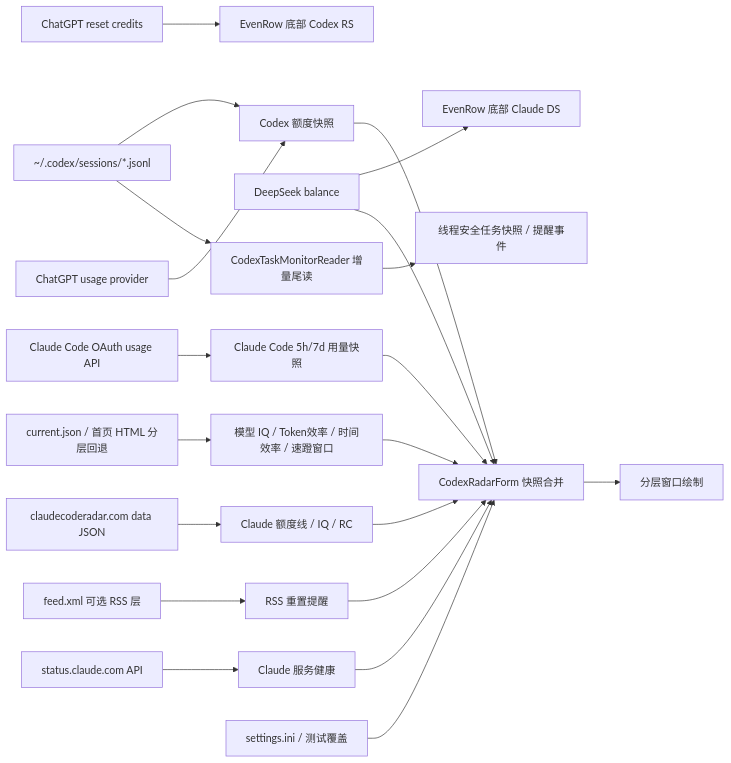
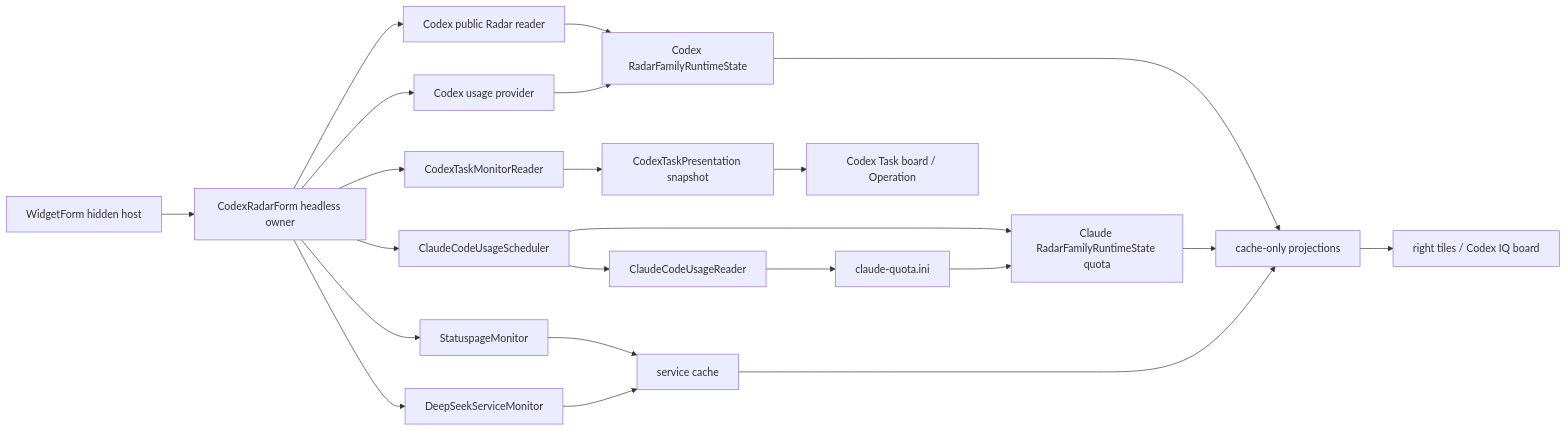
The diagram in Docs/CodexRadar-Architecture.md (AFT-Sakee01/DesktopCodexAssistant), drawn with Mermaid before and after one commit. The commit also changed other lines of this file and 131 other files, not shown here.

````diff
--- a/Docs/CodexRadar-Architecture.md
+++ b/Docs/CodexRadar-Architecture.md
@@ -31,23 +41,24 @@
 ```mermaid
 flowchart LR
-    ChatGPTUsage["ChatGPT usage provider"] --> Quota["Codex 额度快照"]
-    ResetCredits["ChatGPT reset credits"] --> BottomInfo["EvenRow 底部 Codex RS"]
-    DeepSeek["DeepSeek balance"] --> BottomInfoClaude["EvenRow 底部 Claude DS"]
-    Local["~/.codex/sessions/*.jsonl"] --> Quota
-    Local --> TaskReader["CodexTaskMonitorReader 增量尾读"]
-    TaskReader --> TaskSnapshot["线程安全任务快照 / 提醒事件"]
-    ClaudeUsage["Claude Code OAuth usage API"] --> ClaudeQuota["Claude Code 5h/7d 用量快照"]
-    Radar["current.json / 首页 HTML 分层回退"] --> Model["模型 IQ / Token效率 / 时间效率 / 速蹬窗口"]
-    ClaudeRadarSite["claudecoderadar.com data JSON"] --> ClaudeRadarLine["Claude 额度线 / IQ / RC"]
-    Feed["feed.xml 可选 RSS 层"] --> Reset["RSS 重置提醒"]
-    Claude["status.claude.com API"] --> ClaudeHealth["Claude 服务健康"]
-    Quota --> Merge["CodexRadarForm 快照合并"]
-    ClaudeQuota --> Merge
-    Model --> Merge
-    ClaudeRadarLine --> Merge
-    Reset --> Merge
-    ClaudeHealth --> Merge
-    DeepSeek --> Merge
-    Settings["settings.ini / 测试覆盖"] --> Merge
-    Merge --> Render["分层窗口绘制"]
+    A["WidgetForm hidden host"] --> B["CodexRadarForm headless owner"]
+    B --> C["Codex public Radar reader"]
+    B --> D["Codex usage provider"]
+    B --> E["ClaudeCodeUsageScheduler"]
+    E --> F["ClaudeCodeUsageReader"]
+    F --> G["claude-quota.ini"]
+    B --> H["StatuspageMonitor"]
+    B --> I["DeepSeekServiceMonitor"]
+    B --> J["CodexTaskMonitorReader"]
+    C --> K["Codex RadarFamilyRuntimeState"]
+    D --> K
+    E --> L["Claude RadarFamilyRuntimeState quota"]
+    G --> L
+    H --> M["service cache"]
+    I --> M
+    K --> N["cache-only projections"]
+    L --> N
+    M --> N
+    J --> O["CodexTaskPresentation snapshot"]
+    N --> P["right tiles / Codex IQ board"]
+    O --> Q["Codex Task board / Operation"]
 ```
````
